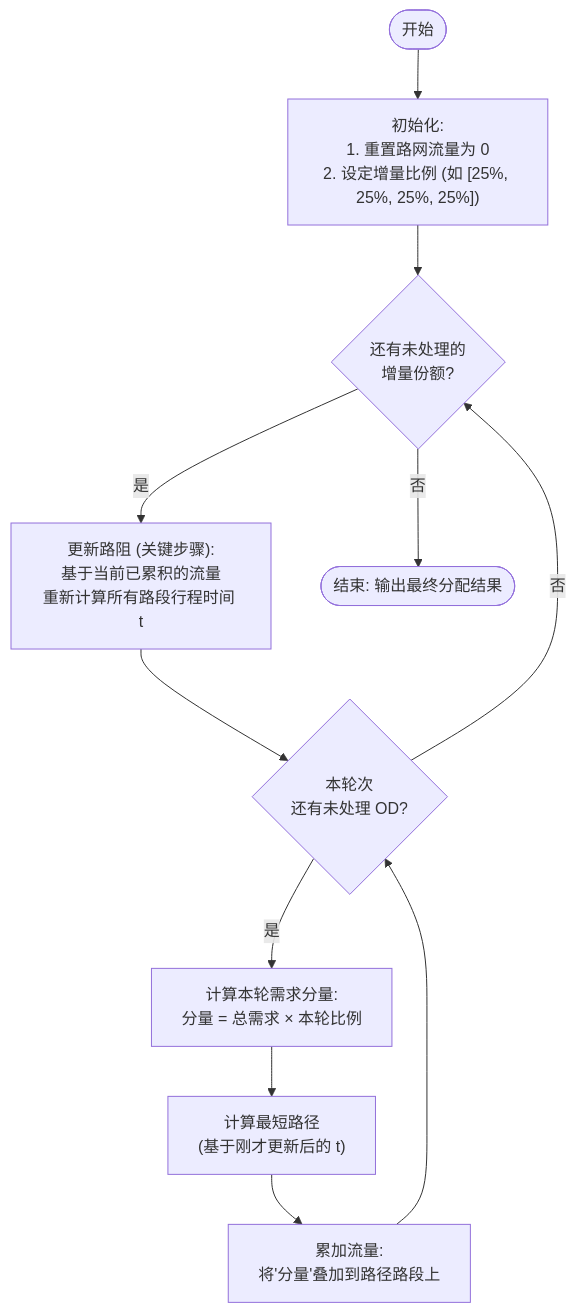
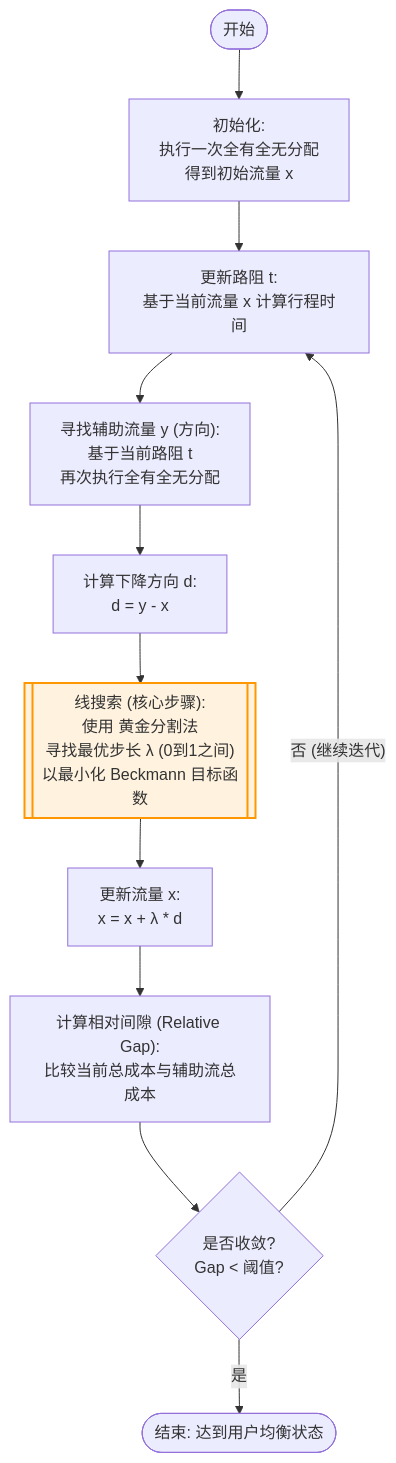
One commit to ABU121111/College changed the diagram in 大三上/未命名.md. Above: the diagram before and after it, drawn with Mermaid. The commit also changed other lines of this file, not shown here.

Commit message:
2025-12-12 14:38:33

````diff
--- a/大三上/未命名.md
+++ b/大三上/未命名.md
@@ -1,25 +1,24 @@
 ```mermaid
 flowchart TD
-    Start([开始]) --> Init["初始化:<br/>1. 重置路网流量为 0<br/>2. 设定增量比例 (如 [25%, 25%, 25%, 25%])"]
+    Start([开始]) --> Init["初始化:<br/>执行一次全有全无分配<br/>得到初始流量 x"]
     
-    Init --> LoopSteps{还有未处理的<br/>增量份额?}
+    Init --> UpdateCost["更新路阻 t:<br/>基于当前流量 x 计算行程时间"]
     
-    %% 核心区别点：在每一轮分配开始前更新路阻
-    LoopSteps -- 是 --> UpdateCost["更新路阻 (关键步骤):<br/>基于当前已累积的流量<br/>重新计算所有路段行程时间 t"]
+    UpdateCost --> AuxFlow["寻找辅助流量 y (方向):<br/>基于当前路阻 t<br/>再次执行全有全无分配"]
     
-    UpdateCost --> LoopOD{本轮次<br/>还有未处理 OD?}
+    AuxFlow --> Direction["计算下降方向 d:<br/>d = y - x"]
     
-    LoopOD -- 是 --> CalcPart["计算本轮需求分量:<br/>分量 = 总需求 × 本轮比例"]
+    Direction --> LineSearch[["线搜索 (核心步骤):<br/>使用 黄金分割法<br/>寻找最优步长 λ (0到1之间)<br/>以最小化 Beckmann 目标函数"]]
     
-    CalcPart --> FindPath["计算最短路径<br/>(基于刚才更新后的 t)"]
+    LineSearch --> UpdateX["更新流量 x:<br/>x = x + λ * d"]
     
-    FindPath --> Assign["累加流量:<br/>将'分量'叠加到路径路段上"]
+    UpdateX --> CalcGap["计算相对间隙 (Relative Gap):<br/>比较当前总成本与辅助流总成本"]
     
-    Assign --> LoopOD
+    CalcGap --> CheckConv{是否收敛?<br/>Gap < 阈值?}
     
-    %% 内层循环结束，回到外层
-    LoopOD -- 否 --> LoopSteps
+    CheckConv -- 否 (继续迭代) --> UpdateCost
+    CheckConv -- 是 --> End([结束: 达到用户均衡状态])
     
-    %% 外层循环结束
-    LoopSteps -- 否 --> End([结束: 输出最终分配结果])
+    %% 样式调整
+    style LineSearch fill:#fff3e0,stroke:#ff9800,stroke-width:2px
 ```
````
